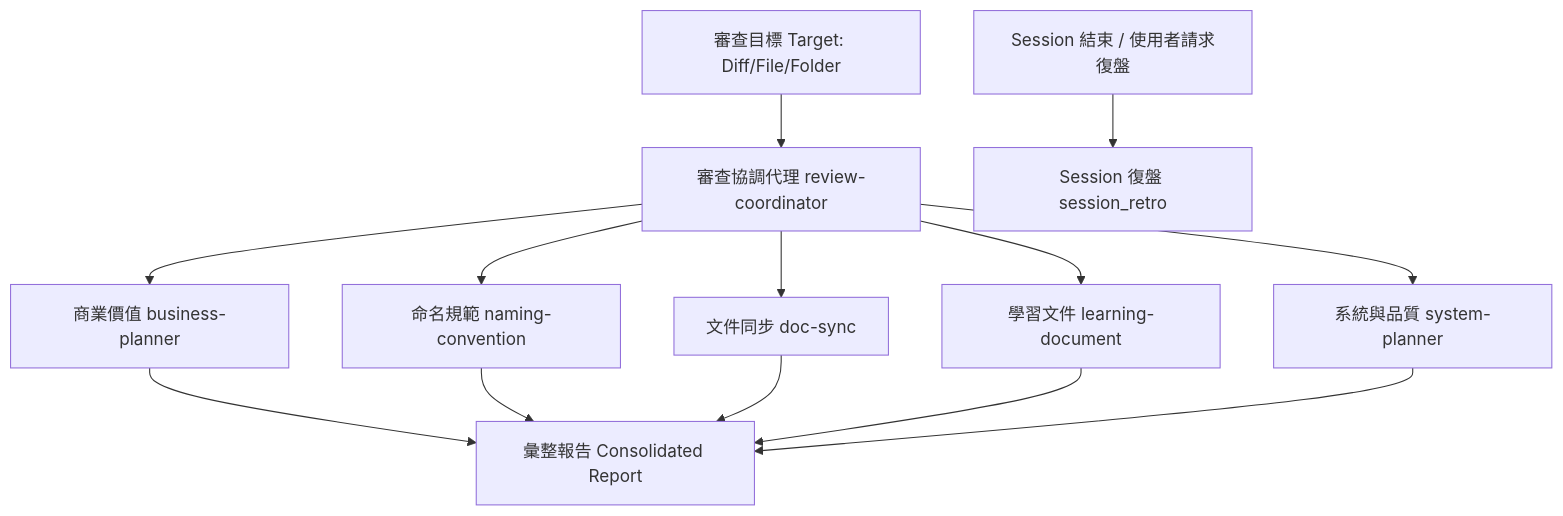
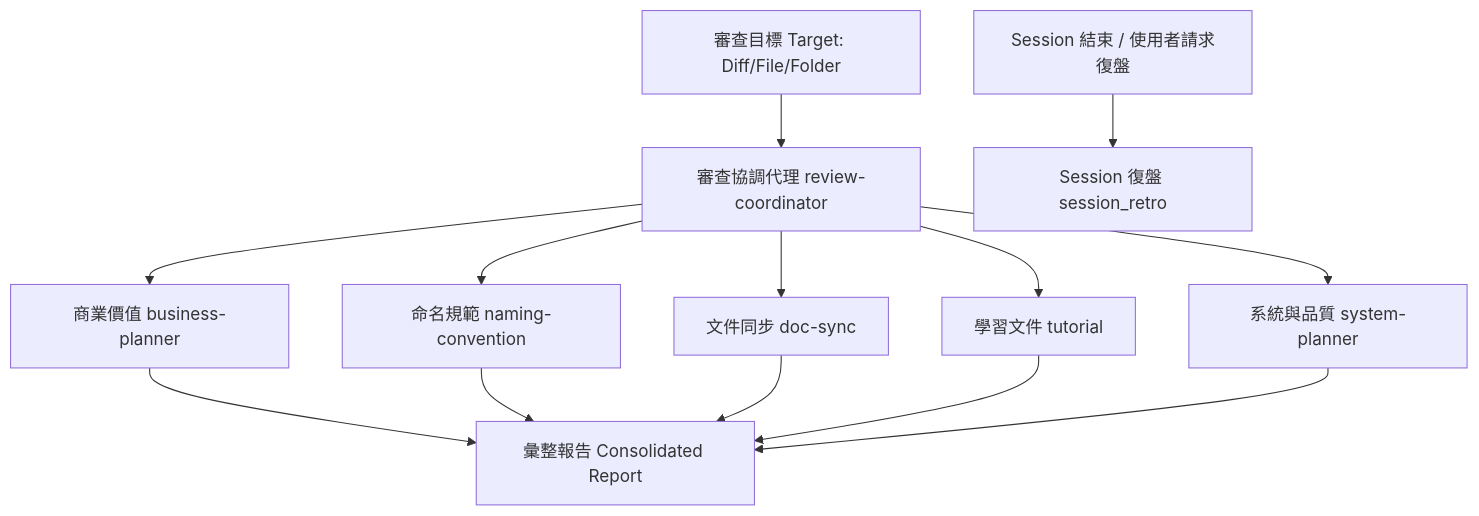
One commit to BizShuk/cc-plugin changed the diagram in plugins/review/README.md. Above: the diagram before and after it, drawn with Mermaid. The commit also changed other lines of this file and 7 other files, not shown here.

````diff
--- a/plugins/review/README.md
+++ b/plugins/review/README.md
@@ -13,15 +13,15 @@
 ```mermaid
 graph TD
     Target[審查目標 Target: Diff/File/Folder] --> Coordinator[審查協調代理 review-coordinator]
     Coordinator --> S1[商業價值 business-planner]
     Coordinator --> S2[命名規範 naming-convention]
     Coordinator --> S3[文件同步 doc-sync]
-    Coordinator --> S4[學習文件 learning-document]
+    Coordinator --> S4[學習文件 tutorial]
     Coordinator --> S5[系統與品質 system-planner]
     S1 --> Report[彙整報告 Consolidated Report]
     S2 --> Report
     S3 --> Report
     S4 --> Report
     S5 --> Report
     Session[Session 結束 / 使用者請求復盤] --> S6[Session 復盤 session_retro]
 ```
````
